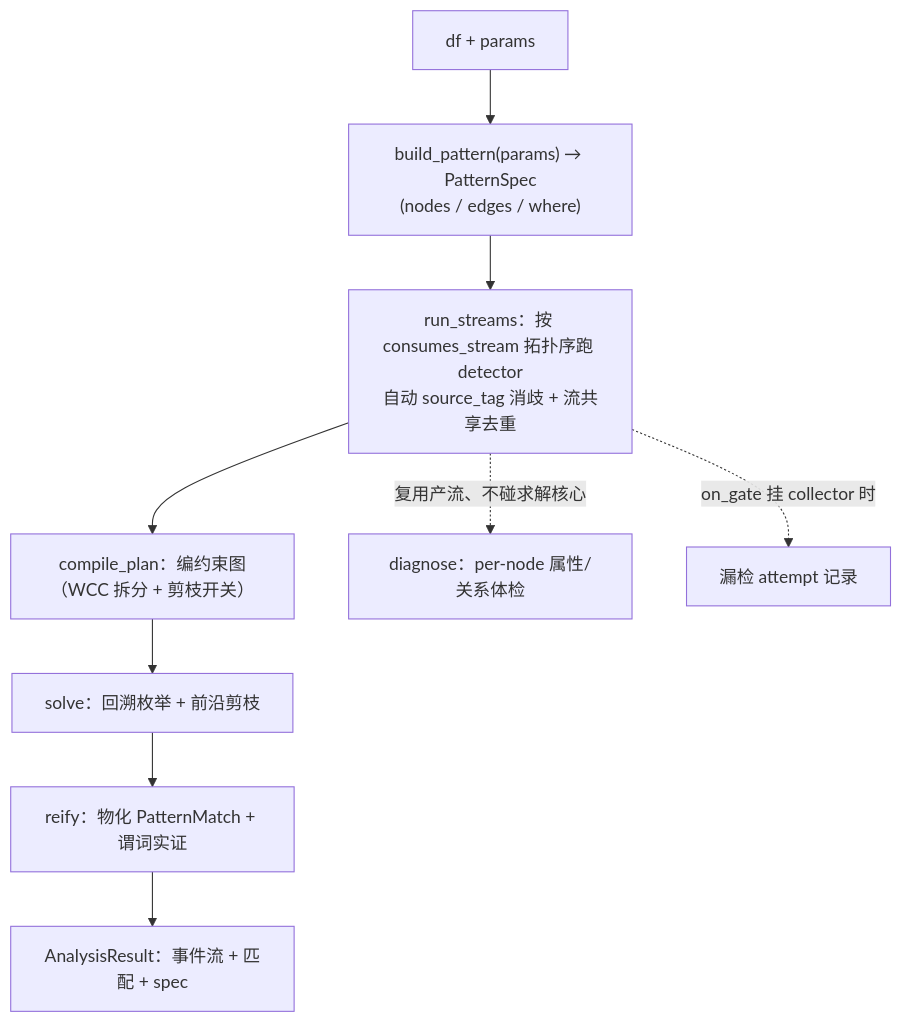
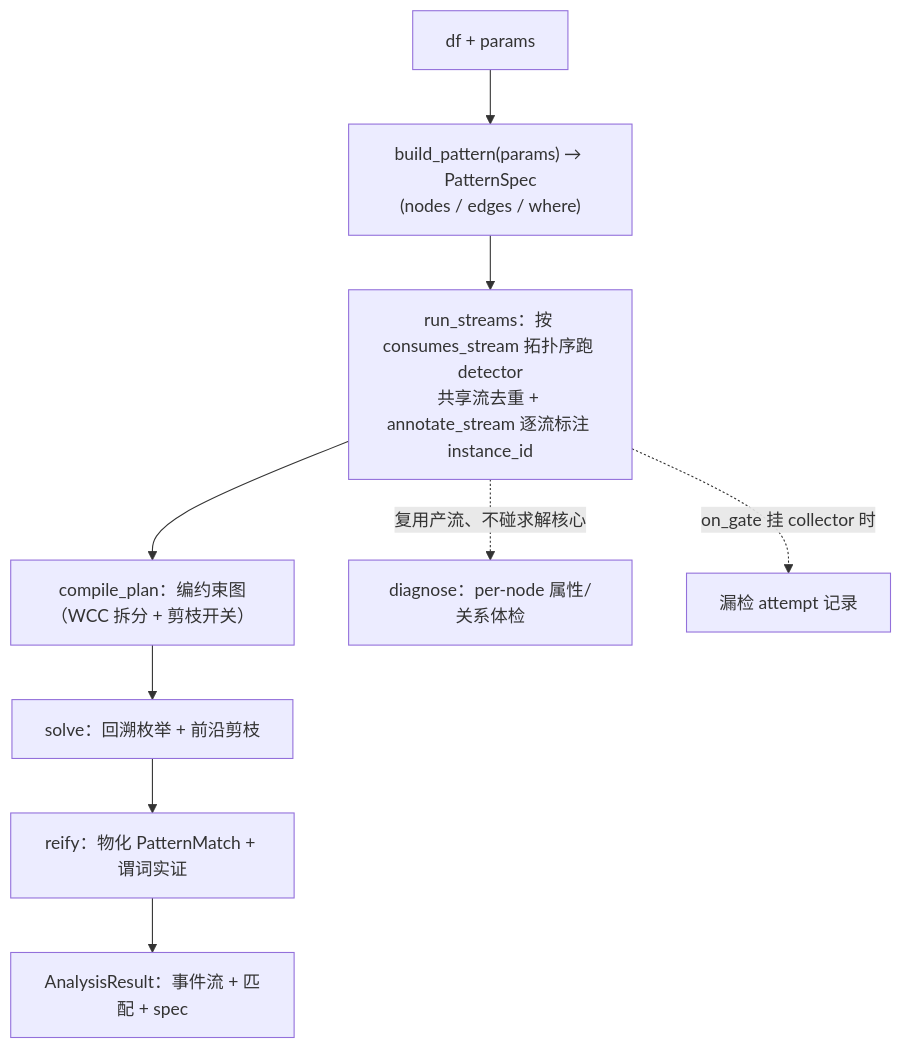
Before and after one commit to ufgtb24/Trade_Strategy: the diagram in .claude/docs/modules/path2.md, drawn with Mermaid. The commit also changed other lines of this file and 916 other files, not shown here.

````diff
--- a/.claude/docs/modules/path2.md
+++ b/.claude/docs/modules/path2.md
@@ -104,11 +165,11 @@
 ```mermaid
 flowchart TD
     A["df + params"] --> B["build_pattern(params) → PatternSpec<br/>(nodes / edges / where)"]
-    B --> C["run_streams：按 consumes_stream 拓扑序跑 detector<br/>自动 source_tag 消歧 + 流共享去重"]
+    B --> C["run_streams：按 consumes_stream 拓扑序跑 detector<br/>共享流去重 + annotate_stream 逐流标注 instance_id"]
     C --> D["compile_plan：编约束图（WCC 拆分 + 剪枝开关）"]
     D --> E["solve：回溯枚举 + 前沿剪枝"]
     E --> F["reify：物化 PatternMatch + 谓词实证"]
     F --> G["AnalysisResult：事件流 + 匹配 + spec"]
     C -.复用产流、不碰求解核心.-> H["diagnose：per-node 属性/关系体检"]
     C -.on_gate 挂 collector 时.-> I["漏检 attempt 记录"]
 ```
````
